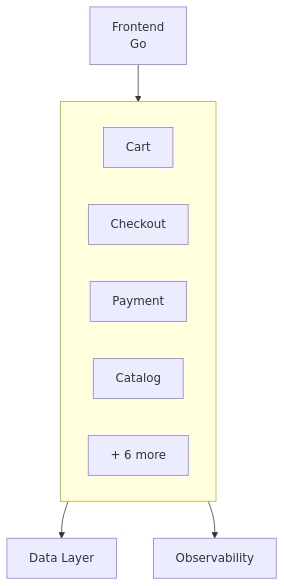
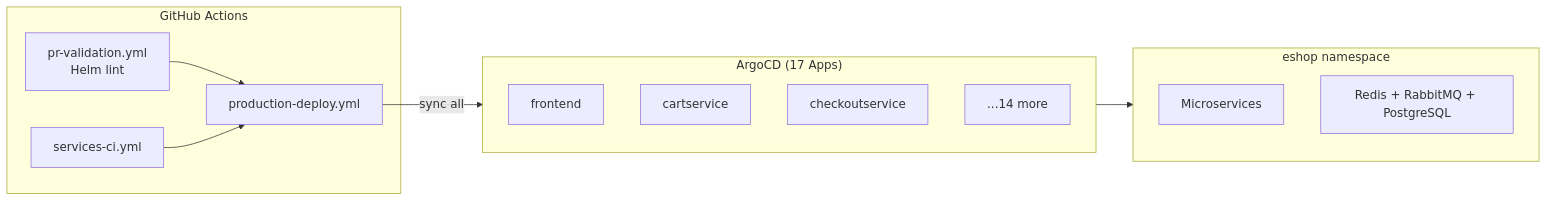
Before and after one commit to GABRIELS562/Architecture-: the fourth of 5 diagrams in README.md, drawn with Mermaid. The commit also changed other lines of this file, not shown here.

First line of the commit message:
Add accurate CI/CD pipeline with GitHub Actions + ArgoCD

````diff
--- a/README.md
+++ b/README.md
@@ -83,15 +157,23 @@
 ```mermaid
-flowchart TB
-    FE["Frontend<br/>Go"] --> SVC["Business Services<br/>gRPC"]
-    SVC --> DATA["Data Layer"]
-    SVC --> OBS["Observability"]
+flowchart LR
+    subgraph CI["GitHub Actions"]
+        VAL["pr-validation.yml<br/>Helm lint"]
+        SVC["services-ci.yml"]
+        PROD["production-deploy.yml"]
+    end
 
-    subgraph SVC[" "]
-        direction LR
-        S1["Cart"]
-        S2["Checkout"]
-        S3["Payment"]
-        S4["Catalog"]
-        S5["+ 6 more"]
+    subgraph CD["ArgoCD (17 Apps)"]
+        direction TB
+        FE["frontend"]
+        CART["cartservice"]
+        CHECK["checkoutservice"]
+        MORE["...14 more"]
     end
+
+    subgraph K8s["eshop namespace"]
+        PODS["Microservices"]
+        DATA["Redis + RabbitMQ + PostgreSQL"]
+    end
+
+    VAL & SVC --> PROD -->|sync all| CD --> K8s
 ```
````
